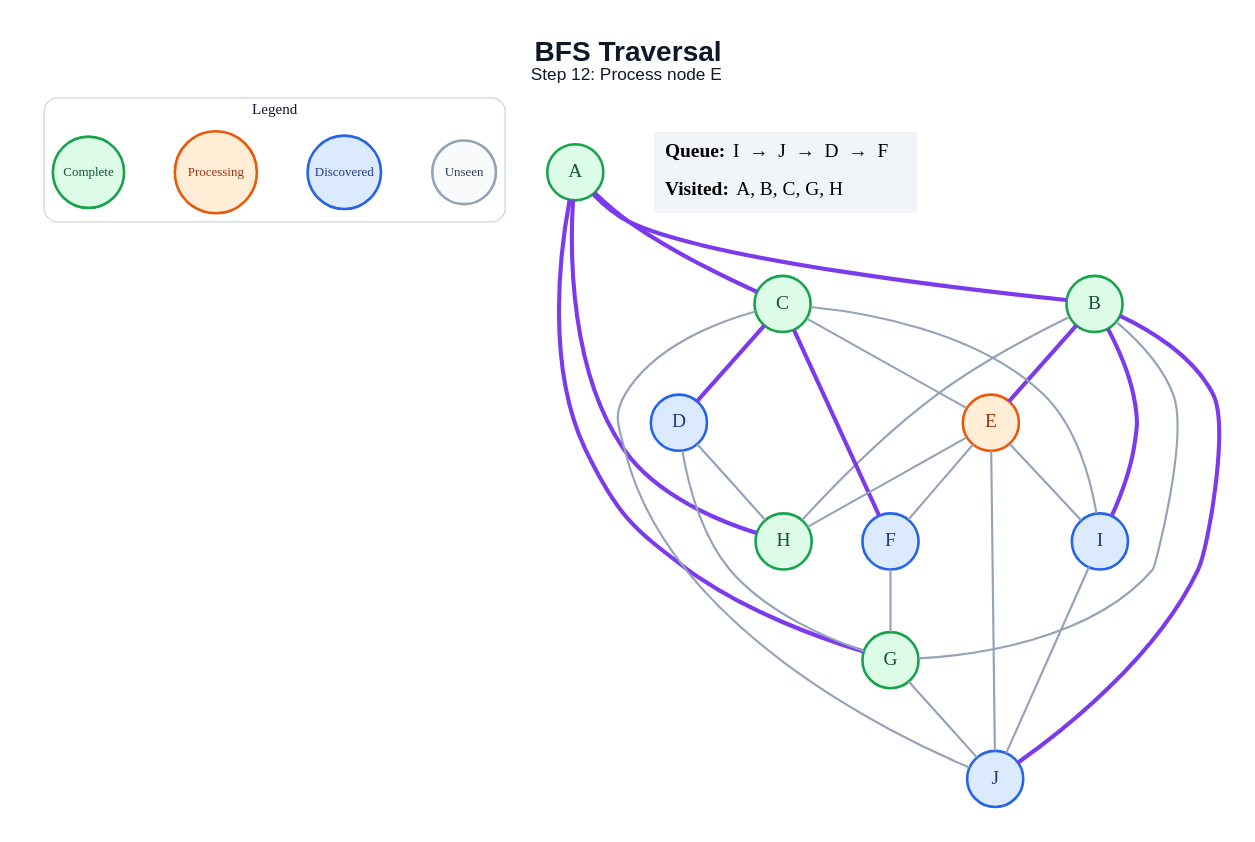
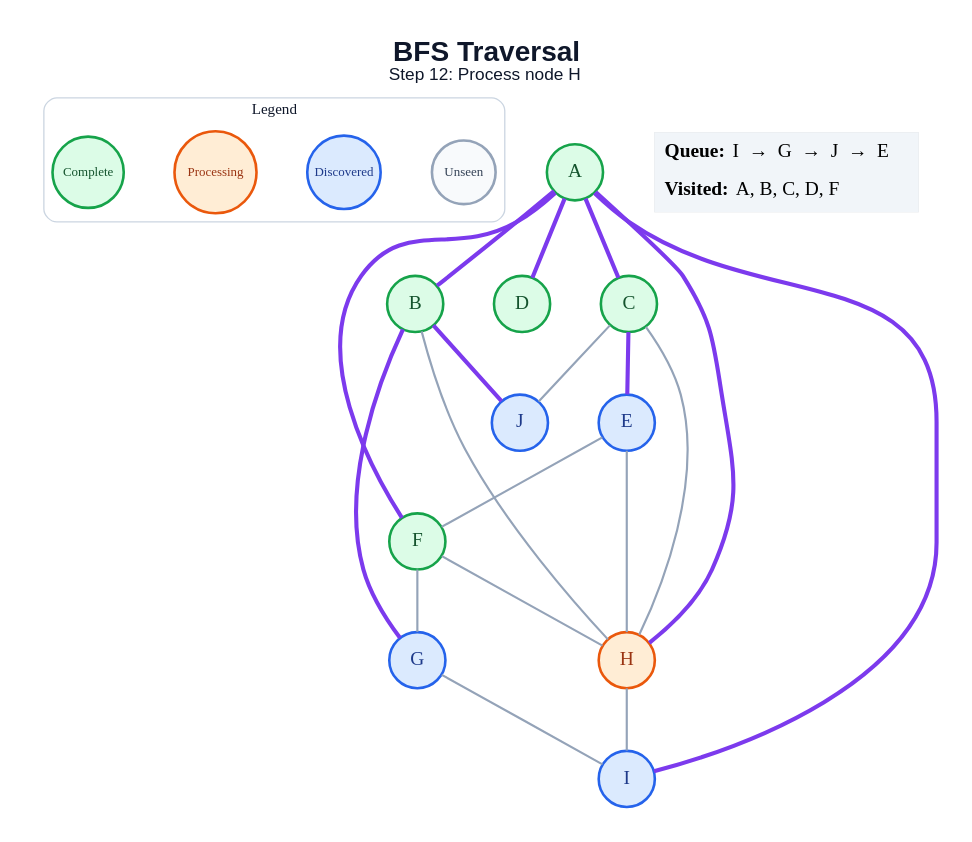
Before and after one commit to amanghodawala9/ai-slop: the diagram in generated/bfs/step_12.dot, drawn with Graphviz. The commit also changed 178 other files, not shown here.

```diff
--- a/generated/bfs/step_12.dot
+++ b/generated/bfs/step_12.dot
@@ -1,52 +1,47 @@
 graph traversal {
   graph [layout=dot, rankdir=TB, bgcolor="#FFFFFF", pad="0.35", nodesep="0.65", ranksep="0.8", fontname="Arial"];
   node [shape=circle, style="filled", fontname="Arial Bold", fontsize=18, width=0.72, fixedsize=true, penwidth=2.4];
   edge [color="#94A3B8", penwidth=2.0];
-  label=<<B>BFS Traversal</B><BR/><FONT POINT-SIZE="16">Step 12: Process node E</FONT>>; labelloc="t"; fontsize=26; fontname="Arial"; fontcolor="#0F172A";
+  label=<<B>BFS Traversal</B><BR/><FONT POINT-SIZE="16">Step 12: Process node H</FONT>>; labelloc="t"; fontsize=26; fontname="Arial"; fontcolor="#0F172A";
   subgraph cluster_legend { label="Legend"; color="#CBD5E1"; penwidth=1.2; style="rounded"; fontsize=14; fontname="Arial Bold";
     key_unseen [label="Unseen", fillcolor="#F8FAFC", color="#94A3B8", fontcolor="#334155", fontsize=12, width=0.82];
     key_frontier [label="Discovered", fillcolor="#DBEAFE", color="#2563EB", fontcolor="#1E3A8A", fontsize=12, width=0.95];
     key_current [label="Processing", fillcolor="#FFEDD5", color="#EA580C", fontcolor="#9A3412", fontsize=12, width=1.05];
     key_done [label="Complete", fillcolor="#DCFCE7", color="#16A34A", fontcolor="#14532D", fontsize=12, width=0.92];
     { rank=same; key_unseen; key_frontier; key_current; key_done; }
   }
   A [fillcolor="#DCFCE7", color="#16A34A", fontcolor="#14532D"];
   B [fillcolor="#DCFCE7", color="#16A34A", fontcolor="#14532D"];
   C [fillcolor="#DCFCE7", color="#16A34A", fontcolor="#14532D"];
-  D [fillcolor="#DBEAFE", color="#2563EB", fontcolor="#1E3A8A"];
-  E [fillcolor="#FFEDD5", color="#EA580C", fontcolor="#9A3412"];
-  F [fillcolor="#DBEAFE", color="#2563EB", fontcolor="#1E3A8A"];
-  G [fillcolor="#DCFCE7", color="#16A34A", fontcolor="#14532D"];
-  H [fillcolor="#DCFCE7", color="#16A34A", fontcolor="#14532D"];
+  D [fillcolor="#DCFCE7", color="#16A34A", fontcolor="#14532D"];
+  E [fillcolor="#DBEAFE", color="#2563EB", fontcolor="#1E3A8A"];
+  F [fillcolor="#DCFCE7", color="#16A34A", fontcolor="#14532D"];
+  G [fillcolor="#DBEAFE", color="#2563EB", fontcolor="#1E3A8A"];
+  H [fillcolor="#FFEDD5", color="#EA580C", fontcolor="#9A3412"];
   I [fillcolor="#DBEAFE", color="#2563EB", fontcolor="#1E3A8A"];
   J [fillcolor="#DBEAFE", color="#2563EB", fontcolor="#1E3A8A"];
   A -- B [color="#7C3AED", penwidth=3.8];
   A -- C [color="#7C3AED", penwidth=3.8];
-  A -- G [color="#7C3AED", penwidth=3.8];
+  A -- D [color="#7C3AED", penwidth=3.8];
+  A -- F [color="#7C3AED", penwidth=3.8];
   A -- H [color="#7C3AED", penwidth=3.8];
-  B -- E [color="#7C3AED", penwidth=3.8];
-  B -- G;
+  A -- I [color="#7C3AED", penwidth=3.8];
+  B -- G [color="#7C3AED", penwidth=3.8];
   B -- H;
-  B -- I [color="#7C3AED", penwidth=3.8];
   B -- J [color="#7C3AED", penwidth=3.8];
-  C -- D [color="#7C3AED", penwidth=3.8];
-  C -- E;
-  C -- F [color="#7C3AED", penwidth=3.8];
-  C -- I;
+  C -- E [color="#7C3AED", penwidth=3.8];
+  C -- H;
   C -- J;
-  D -- G;
-  D -- H;
   E -- F;
   E -- H;
-  E -- I;
-  E -- J;
   F -- G;
-  G -- J;
-  I -- J;
+  F -- H;
+  G -- I;
+  H -- I;
   status [shape=plain, fixedsize=false, width=0, height=0, margin=0, label=<
     <TABLE BORDER="0" CELLBORDER="0" CELLPADDING="7" BGCOLOR="#F1F5F9">
-      <TR><TD ALIGN="LEFT"><B>Queue:</B> I  →  J  →  D  →  F</TD></TR>
-      <TR><TD ALIGN="LEFT"><B>Visited:</B> A, B, C, G, H</TD></TR>
+      <TR><TD ALIGN="LEFT"><B>Queue:</B> I  →  G  →  J  →  E</TD></TR>
+      <TR><TD ALIGN="LEFT"><B>Visited:</B> A, B, C, D, F</TD></TR>
     </TABLE>
   >];
 }
```
